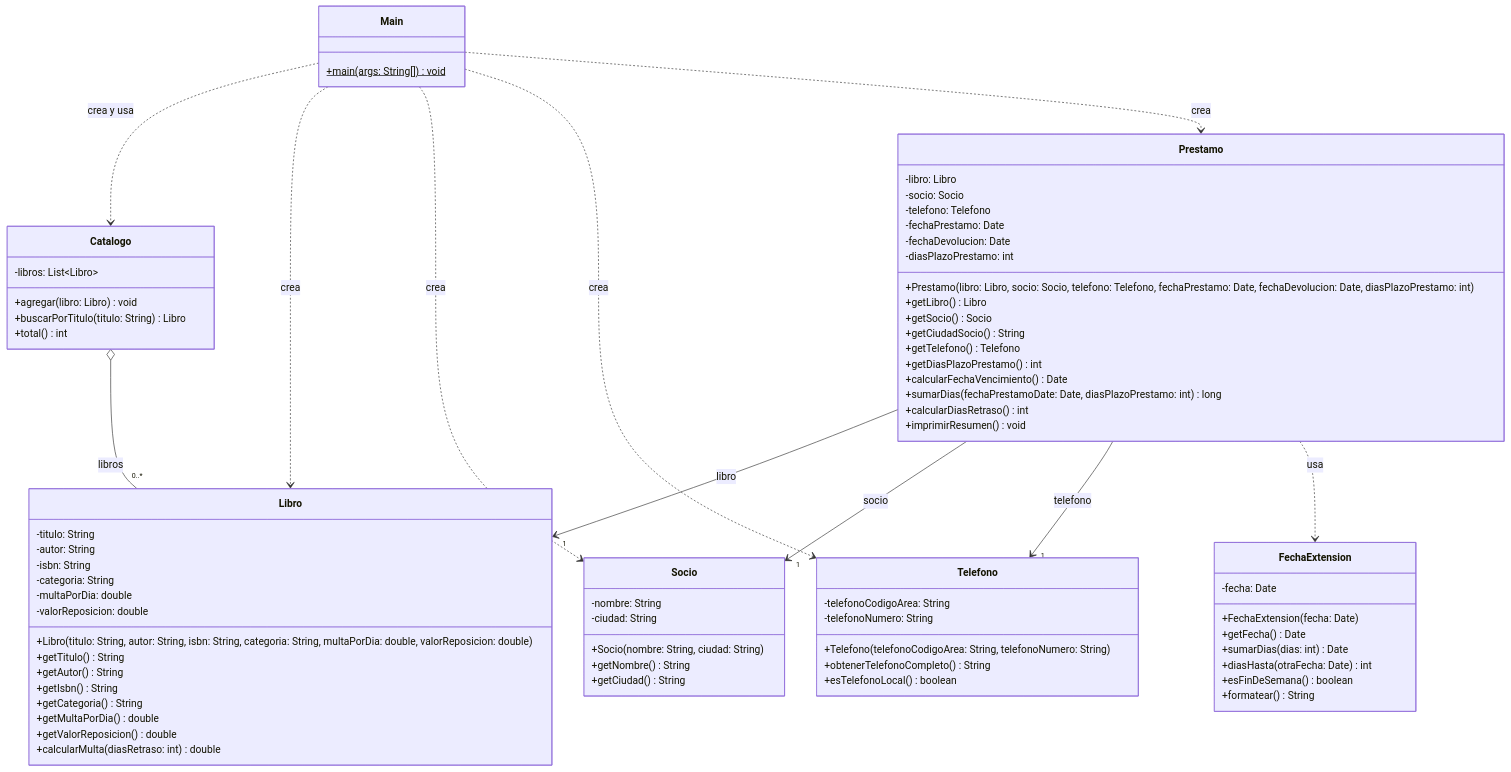
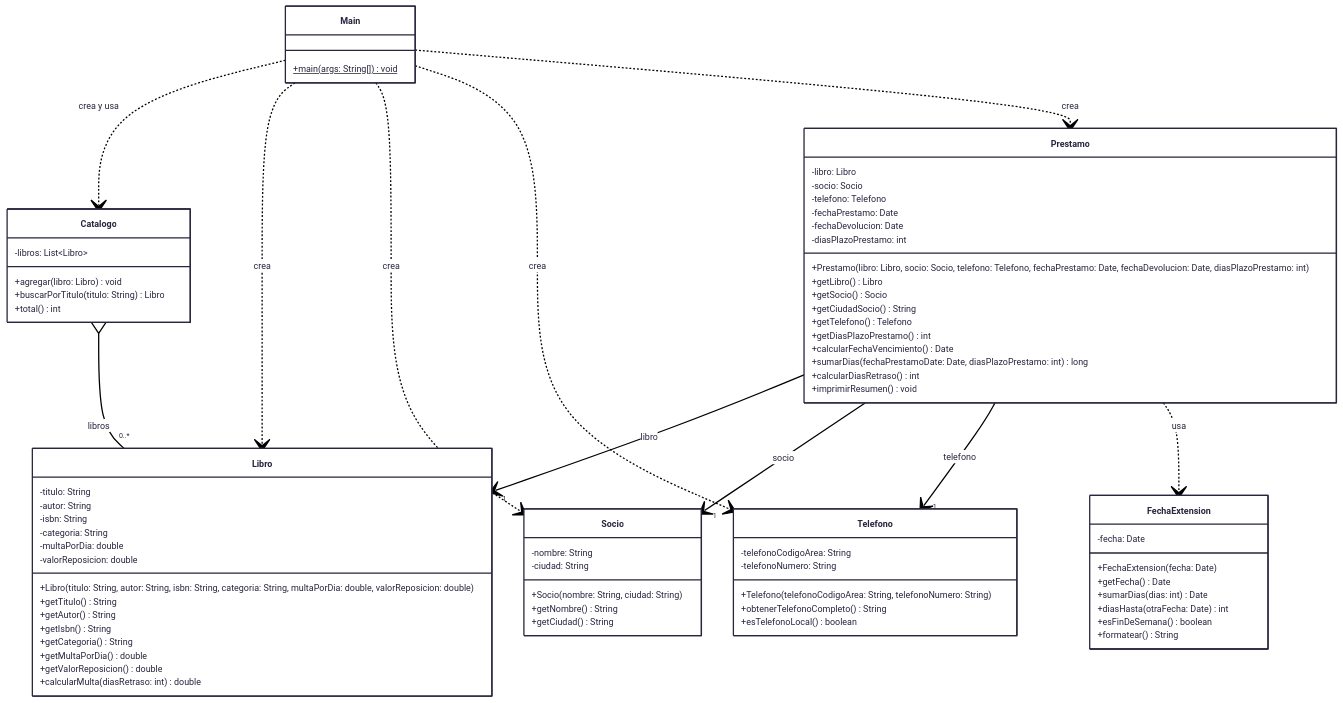
The diagram in diagramas/post-refactorizacion.mmd (Emmanuel-Flores-Noh/Construccion-Software-Actividad2.6), drawn with Mermaid before and after one commit. The commit also changed 11 other files, not shown here.

```diff
--- a/diagramas/post-refactorizacion.mmd
+++ b/diagramas/post-refactorizacion.mmd
@@ -1,85 +1,90 @@
+---
+config:
+  theme: redux-color
+---
+
 classDiagram
 direction TB
     class Main {
         +main(args: String[]) void$
     }
 
     class Catalogo {
         -libros: List~Libro~
         +agregar(libro: Libro) void
         +buscarPorTitulo(titulo: String) Libro
         +total() int
     }
 
     class Libro {
         -titulo: String
         -autor: String
         -isbn: String
         -categoria: String
         -multaPorDia: double
         -valorReposicion: double
         +Libro(titulo: String, autor: String, isbn: String, categoria: String, multaPorDia: double, valorReposicion: double)
         +getTitulo() String
         +getAutor() String
         +getIsbn() String
         +getCategoria() String
         +getMultaPorDia() double
         +getValorReposicion() double
         +calcularMulta(diasRetraso: int) double
     }
 
     class Socio {
         -nombre: String
         -ciudad: String
         +Socio(nombre: String, ciudad: String)
         +getNombre() String
         +getCiudad() String
     }
 
     class Telefono {
         -telefonoCodigoArea: String
         -telefonoNumero: String
         +Telefono(telefonoCodigoArea: String, telefonoNumero: String)
         +obtenerTelefonoCompleto() String
         +esTelefonoLocal() boolean
     }
 
     class FechaExtension {
         -fecha: Date
         +FechaExtension(fecha: Date)
         +getFecha() Date
         +sumarDias(dias: int) Date
         +diasHasta(otraFecha: Date) int
         +esFinDeSemana() boolean
         +formatear() String
     }
 
     class Prestamo {
         -libro: Libro
         -socio: Socio
         -telefono: Telefono
         -fechaPrestamo: Date
         -fechaDevolucion: Date
         -diasPlazoPrestamo: int
         +Prestamo(libro: Libro, socio: Socio, telefono: Telefono, fechaPrestamo: Date, fechaDevolucion: Date, diasPlazoPrestamo: int)
         +getLibro() Libro
         +getSocio() Socio
         +getCiudadSocio() String
         +getTelefono() Telefono
         +getDiasPlazoPrestamo() int
         +calcularFechaVencimiento() Date
         +sumarDias(fechaPrestamoDate: Date, diasPlazoPrestamo: int) long
         +calcularDiasRetraso() int
         +imprimirResumen() void
     }
 
     Catalogo o-- "0..*" Libro : libros
     Prestamo --> "1" Libro : libro
     Prestamo --> "1" Socio : socio
     Prestamo --> "1" Telefono : telefono
     Prestamo ..> FechaExtension : usa
     Main ..> Catalogo : crea y usa
     Main ..> Libro : crea
     Main ..> Socio : crea
     Main ..> Telefono : crea
     Main ..> Prestamo : crea
```
